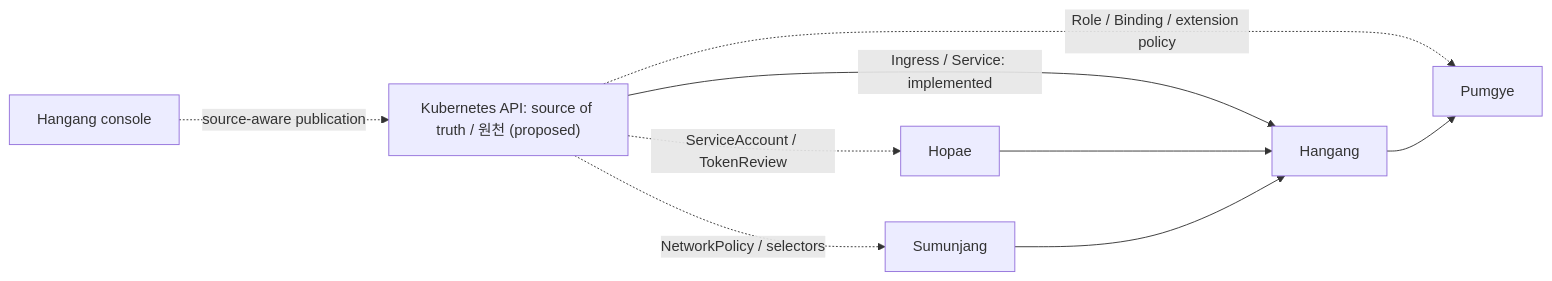
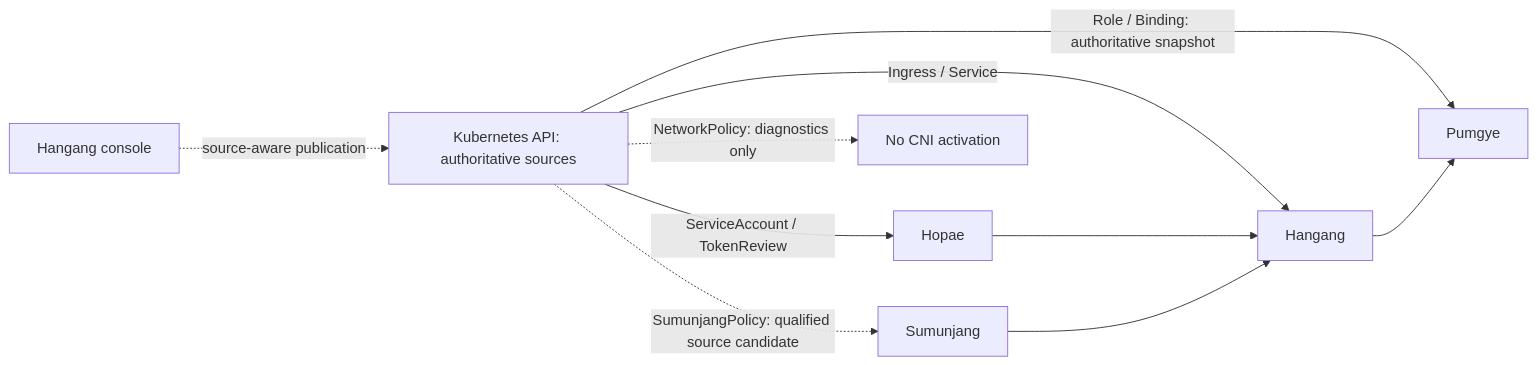
The third of 3 diagrams in README.md (ziozzang/hangang-zerotrust), drawn with Mermaid before and after one commit. The commit also changed other lines of this file and 3 other files, not shown here.

Commit message:
docs: update source authority diagrams and published qualification [skip ci]

````diff
--- a/README.md
+++ b/README.md
@@ -176,11 +181,12 @@
 ```mermaid
 flowchart LR
-  K["Kubernetes API: source of truth / 원천 (proposed)"] -->|Ingress / Service: implemented| H[Hangang]
-  K -.->|ServiceAccount / TokenReview| O[Hopae]
-  K -.->|Role / Binding / extension policy| P[Pumgye]
-  K -.->|NetworkPolicy / selectors| S[Sumunjang]
+  K["Kubernetes API: authoritative sources"] -->|Ingress / Service| H[Hangang]
+  K -->|ServiceAccount / TokenReview| O[Hopae]
+  K -->|Role / Binding: authoritative snapshot| P[Pumgye]
+  K -.->|SumunjangPolicy: qualified source candidate| S[Sumunjang]
+  K -.->|NetworkPolicy: diagnostics only| N[No CNI activation]
   U[Hangang console] -.->|source-aware publication| K
   O --> H
   S --> H
   H --> P
 ```
````
